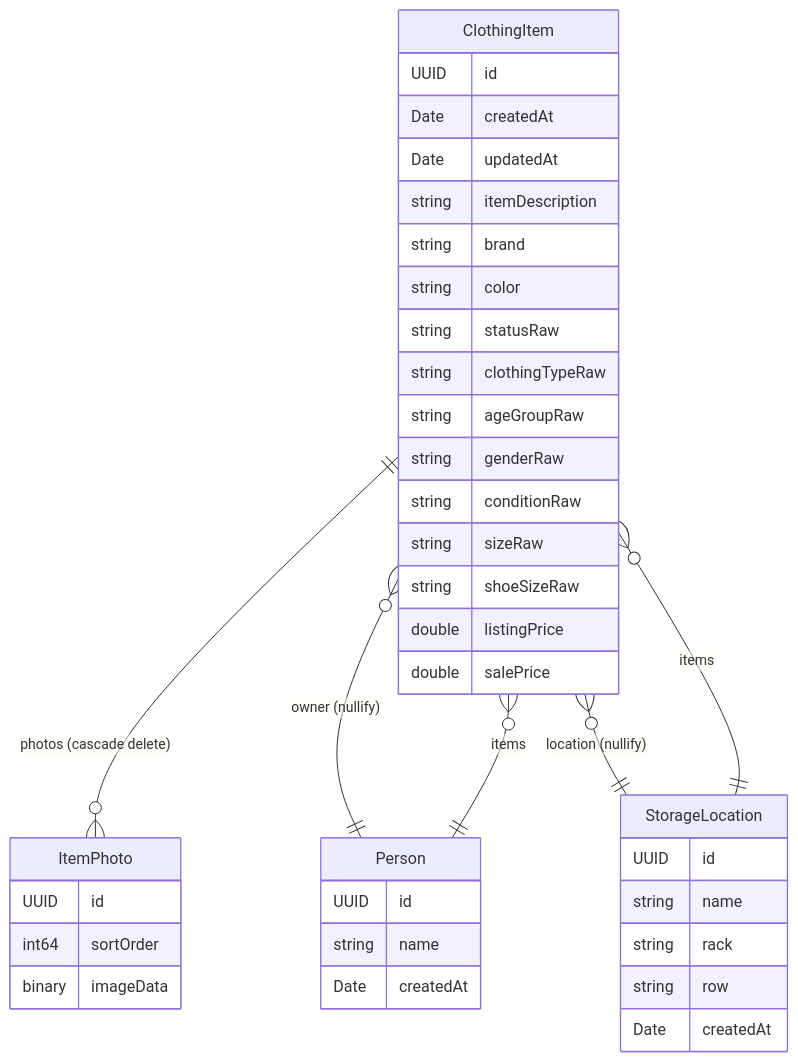
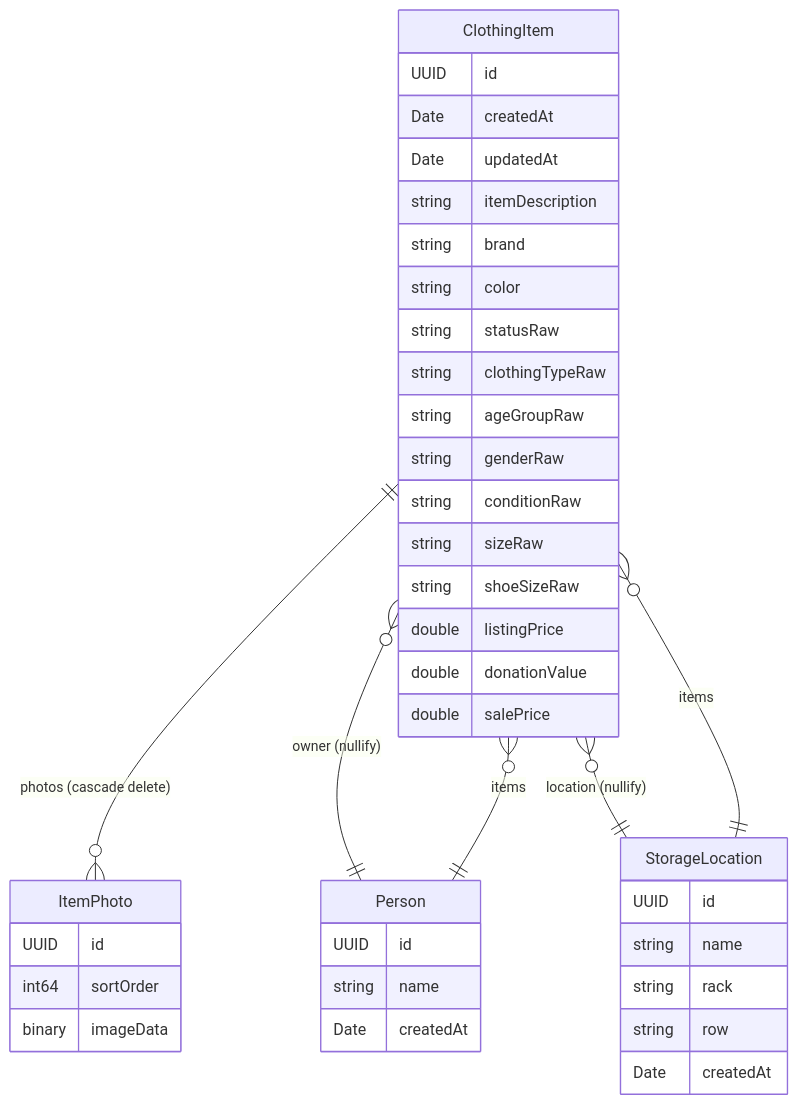
One commit to steve-cloudmaker/rack-app changed the first of 3 diagrams in ARCHITECTURE.md. Above: the diagram before and after it, drawn with Mermaid. The commit also changed other lines of this file and 8 other files, not shown here.

First line of the commit message:
Separate donation value from listing price.

````diff
--- a/ARCHITECTURE.md
+++ b/ARCHITECTURE.md
@@ -51,46 +51,47 @@
 ```mermaid
 erDiagram
     ClothingItem ||--o{ ItemPhoto : "photos (cascade delete)"
     ClothingItem }o--|| Person : "owner (nullify)"
     ClothingItem }o--|| StorageLocation : "location (nullify)"
     Person ||--o{ ClothingItem : "items"
     StorageLocation ||--o{ ClothingItem : "items"
 
     ClothingItem {
         UUID id
         Date createdAt
         Date updatedAt
         string itemDescription
         string brand
         string color
         string statusRaw
         string clothingTypeRaw
         string ageGroupRaw
         string genderRaw
         string conditionRaw
         string sizeRaw
         string shoeSizeRaw
         double listingPrice
+        double donationValue
         double salePrice
     }
 
     ItemPhoto {
         UUID id
         int64 sortOrder
         binary imageData
     }
 
     Person {
         UUID id
         string name
         Date createdAt
     }
 
     StorageLocation {
         UUID id
         string name
         string rack
         string row
         Date createdAt
     }
 ```
````
